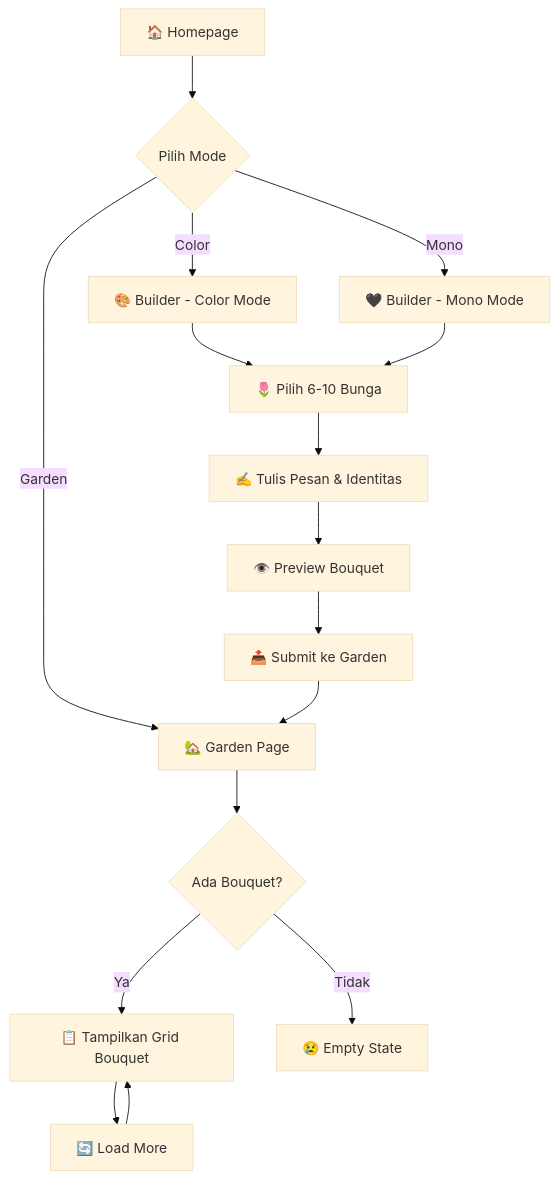
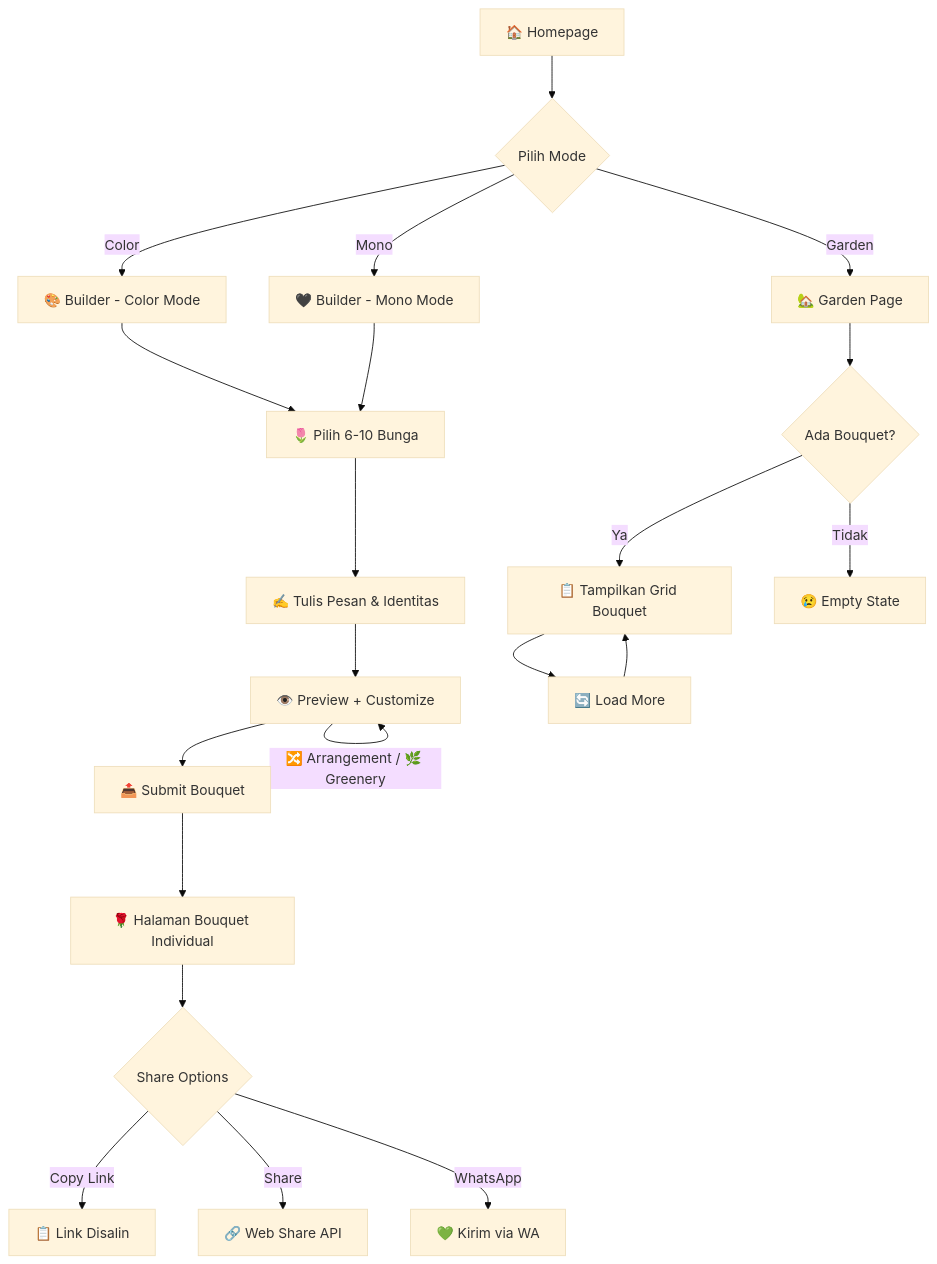
One commit to el-pablos/digi-bouquet changed the first of 2 diagrams in README.md. Above: the diagram before and after it, drawn with Mermaid (base theme). The commit also changed other lines of this file, not shown here.

Commit message:
docs: update readme fitur bouquet page individual whatsapp share dan domain fix

````diff
--- a/README.md
+++ b/README.md
@@ -117,22 +126,28 @@
 ```mermaid
 flowchart TD
     A[🏠 Homepage] --> B{Pilih Mode}
     B -->|Color| C[🎨 Builder - Color Mode]
     B -->|Mono| D[🖤 Builder - Mono Mode]
     B -->|Garden| H[🏡 Garden Page]
     
     C --> E[🌷 Pilih 6-10 Bunga]
     D --> E
     
     E --> E2[✍️ Tulis Pesan & Identitas]
-    E2 --> F[👁️ Preview Bouquet]
-    F --> G[📤 Submit ke Garden]
-    G --> H
+    E2 --> F[👁️ Preview + Customize]
+    F -->|🔀 Arrangement / 🌿 Greenery| F
+    F --> G[📤 Submit Bouquet]
+    G --> P[🌹 Halaman Bouquet Individual]
+    
+    P --> Q{Share Options}
+    Q -->|Copy Link| R[📋 Link Disalin]
+    Q -->|Share| S[🔗 Web Share API]
+    Q -->|WhatsApp| T[💚 Kirim via WA]
     
     H --> I{Ada Bouquet?}
     I -->|Ya| J[📋 Tampilkan Grid Bouquet]
     I -->|Tidak| K[😢 Empty State]
     
     J --> L[🔄 Load More]
     L --> J
 ```
````
